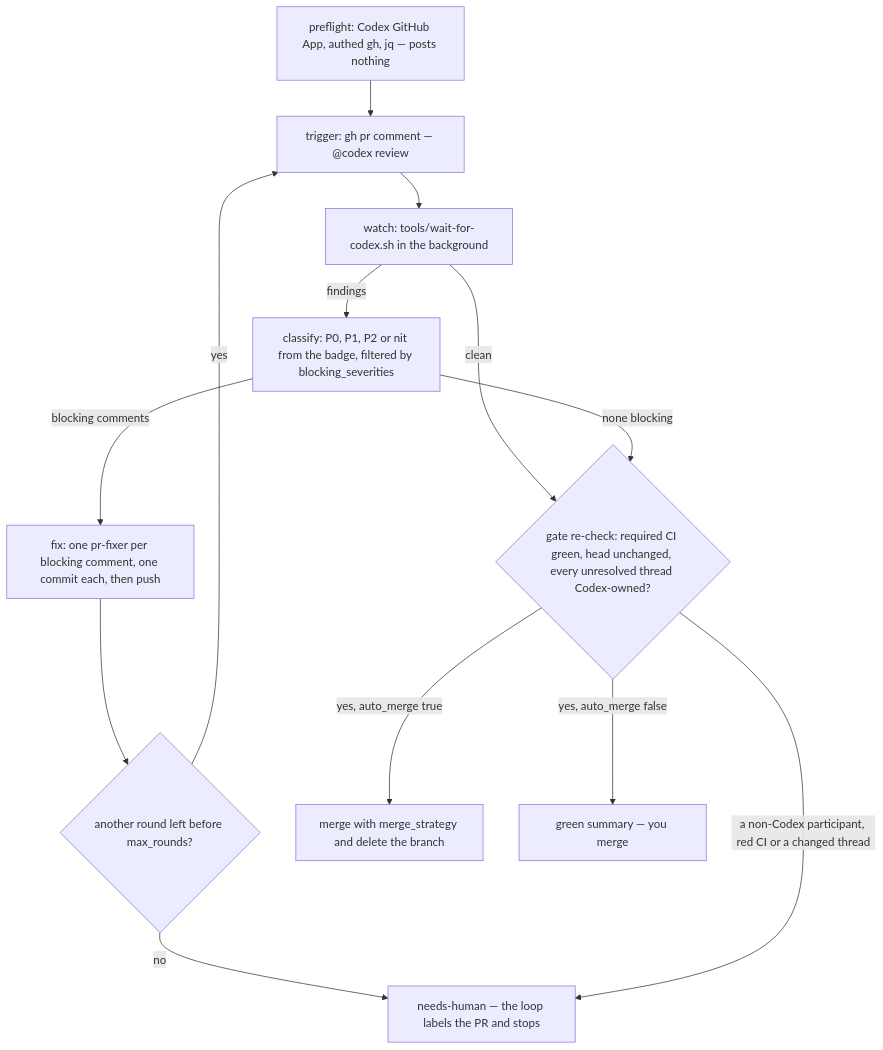
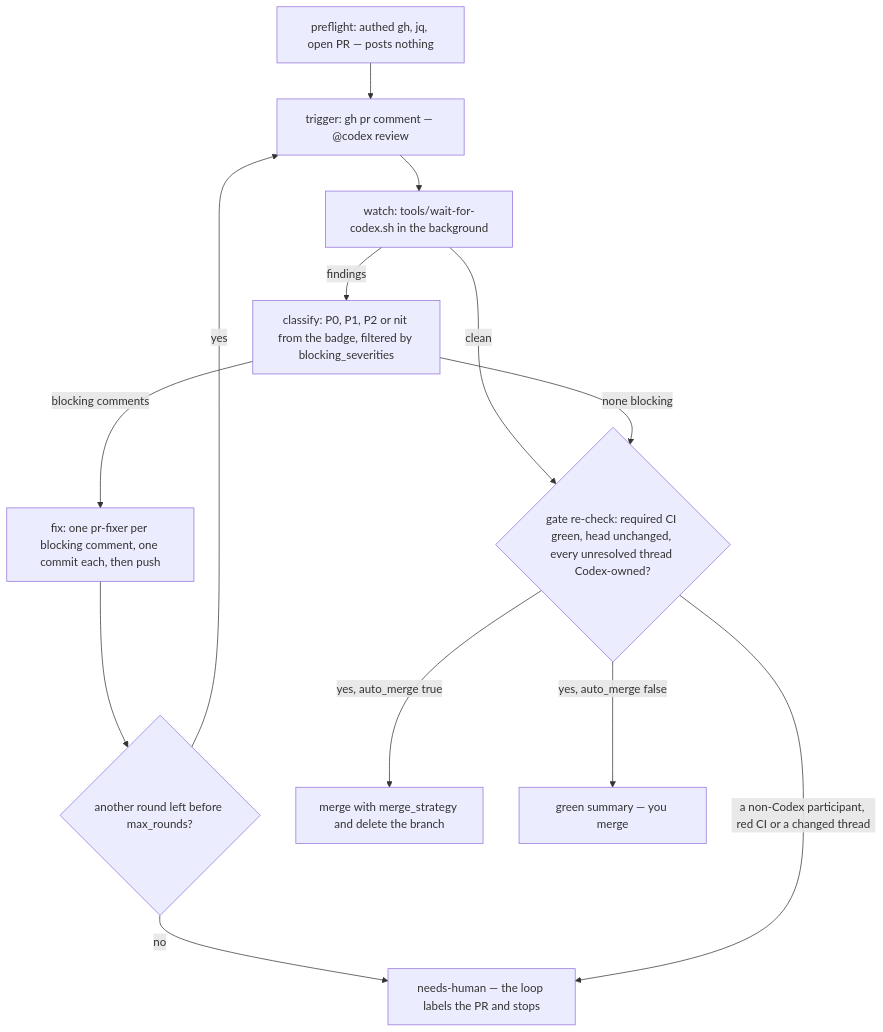
Before and after one commit to araozmd/harness-sdd: the second of 2 diagrams in docs/WORKFLOW.md, drawn with Mermaid. The commit also changed other lines of this file and 5 other files, not shown here.

Commit message:
📝 E39-F03 review round 1: true preflight claim (gh, login, jq, open PR — not the Codex App), builder-role inputs named, approval-gate-only exceptions, park wording; spec/plan/tests synced (4th shape_problems arg, ninth over-claim, ticks)

````diff
--- a/docs/WORKFLOW.md
+++ b/docs/WORKFLOW.md
@@ -98,16 +100,16 @@
 ```mermaid
 flowchart TB
-    pre["preflight: Codex GitHub App, authed gh, jq — posts nothing"] --> trig["trigger: gh pr comment — @codex review"]
+    pre["preflight: authed gh, jq, open PR — posts nothing"] --> trig["trigger: gh pr comment — @codex review"]
     trig --> watch["watch: tools/wait-for-codex.sh in the background"]
     watch -->|findings| cls["classify: P0, P1, P2 or nit from the badge, filtered by blocking_severities"]
     watch -->|clean| gate
     cls -->|blocking comments| fix["fix: one pr-fixer per blocking comment, one commit each, then push"]
     cls -->|none blocking| gate
     fix --> rounds{"another round left before max_rounds?"}
     rounds -->|yes| trig
     rounds -->|no| nh["needs-human — the loop labels the PR and stops"]
     gate{"gate re-check: required CI green, head unchanged, every unresolved thread Codex-owned?"}
     gate -->|"a non-Codex participant, red CI or a changed thread"| nh
     gate -->|"yes, auto_merge true"| merge["merge with merge_strategy and delete the branch"]
     gate -->|"yes, auto_merge false"| summary["green summary — you merge"]
 ```
````
